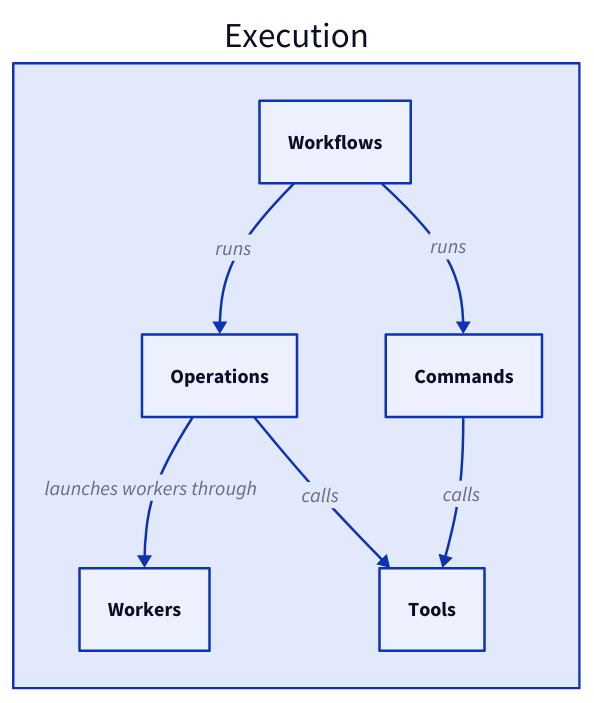
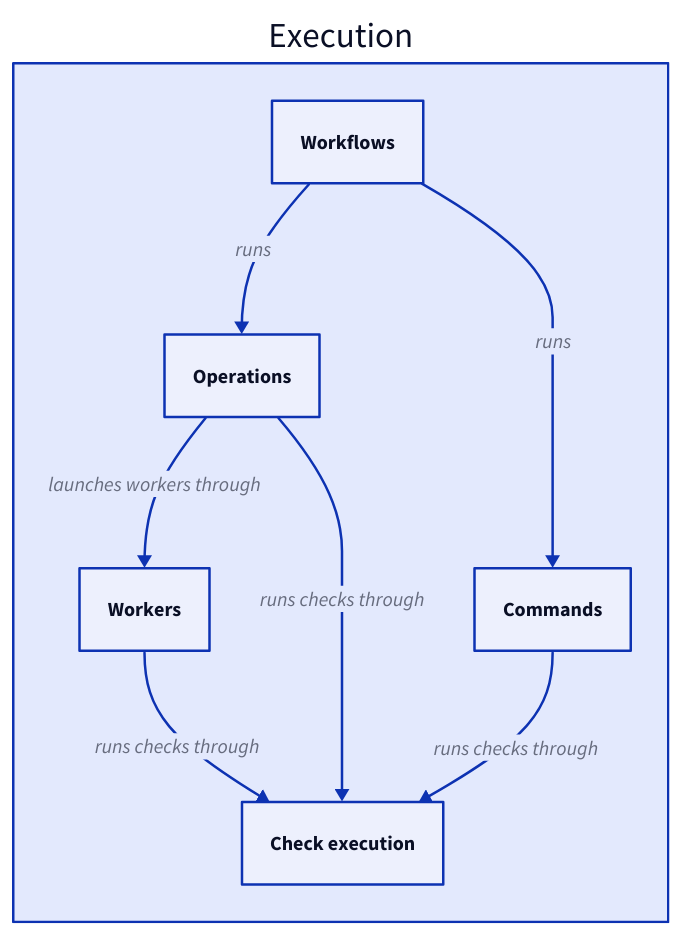
One commit to FTOD/concorde changed the second of 2 diagrams in specs/concorde/execution/module.md. Above: the diagram before and after it, drawn with D2. The commit also changed other lines of this file and 29 other files, not shown here.

````diff
--- a/specs/concorde/execution/module.md
+++ b/specs/concorde/execution/module.md
@@ -234,14 +229,15 @@
 ```d2 illustrative
 execution: Execution {
   workflows: Workflows
   operations: Operations
   commands: Commands
   workers: Workers
-  tools: Tools
+  checks: Check execution
   workflows -> operations: runs
   workflows -> commands: runs
   operations -> workers: launches workers through
-  operations -> tools: calls
-  commands -> tools: calls
+  operations -> checks: runs checks through
+  commands -> checks: runs checks through
+  workers -> checks: runs checks through
 }
 ```
````
